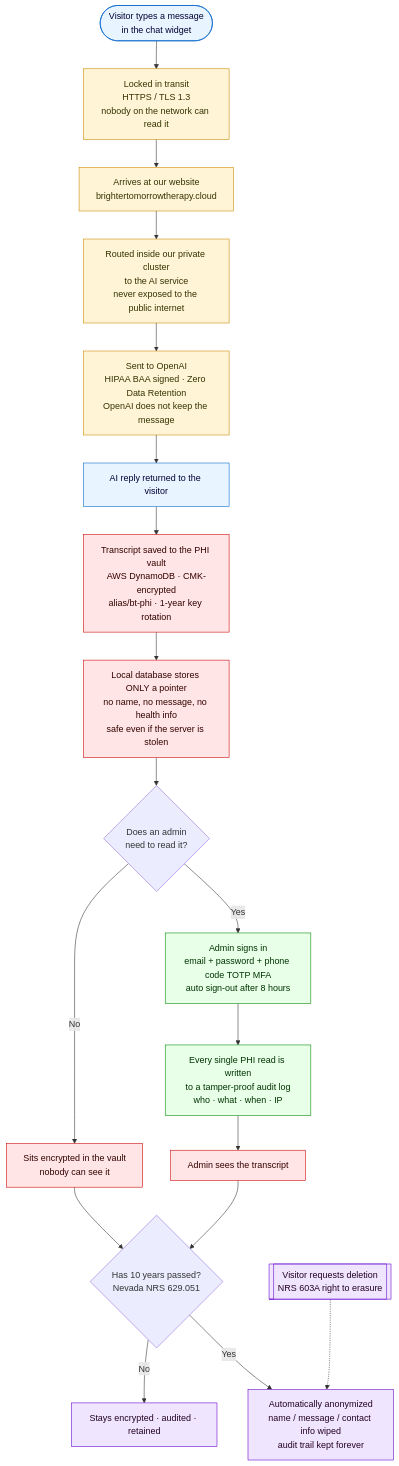
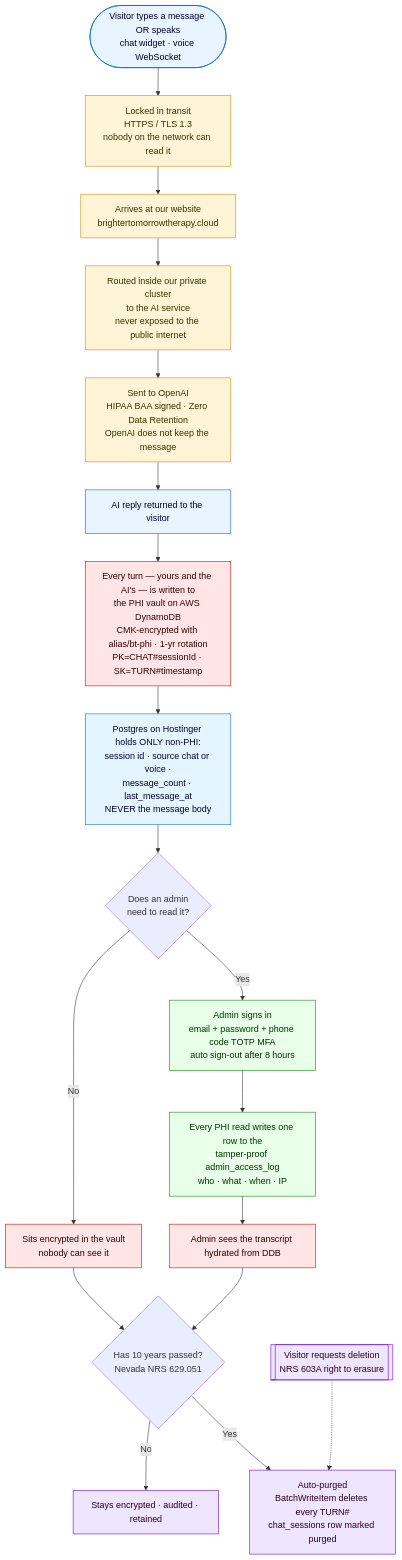
The first of 10 diagrams in README.md (shankasf/brightertomorrow), drawn with Mermaid before and after one commit. The commit also changed other lines of this file and 9 other files, not shown here.

First line of the commit message:
feat(hipaa): move chat transcripts off Postgres into DynamoDB

````diff
--- a/README.md
+++ b/README.md
@@ -139,35 +141,38 @@
 ```mermaid
 flowchart TD
-    A([Visitor types a message<br/>in the chat widget]) --> B[Locked in transit<br/>HTTPS / TLS 1.3<br/>nobody on the network can read it]
+    A([Visitor types a message OR speaks<br/>chat widget · voice WebSocket]) --> B[Locked in transit<br/>HTTPS / TLS 1.3<br/>nobody on the network can read it]
     B --> C[Arrives at our website<br/>brightertomorrowtherapy.cloud]
     C --> D[Routed inside our private cluster<br/>to the AI service<br/>never exposed to the public internet]
     D --> E[Sent to OpenAI<br/>HIPAA BAA signed · Zero Data Retention<br/>OpenAI does not keep the message]
     E --> F[AI reply returned to the visitor]
-    F --> G[Transcript saved to the PHI vault<br/>AWS DynamoDB · CMK-encrypted<br/>alias/bt-phi · 1-year key rotation]
-    G --> H[Local database stores ONLY a pointer<br/>no name, no message, no health info<br/>safe even if the server is stolen]
+
+    F --> G[Every turn — yours and the AI's — is written to<br/>the PHI vault on AWS DynamoDB<br/>CMK-encrypted with alias/bt-phi · 1-yr rotation<br/>PK=CHAT#sessionId · SK=TURN#timestamp]
+    G --> H[Postgres on Hostinger holds ONLY non-PHI:<br/>session id · source chat or voice ·<br/>message_count · last_message_at<br/>NEVER the message body]
 
     H --> I{Does an admin<br/>need to read it?}
     I -- No --> J[Sits encrypted in the vault<br/>nobody can see it]
     I -- Yes --> K[Admin signs in<br/>email + password + phone code TOTP MFA<br/>auto sign-out after 8 hours]
-    K --> L[Every single PHI read is written<br/>to a tamper-proof audit log<br/>who · what · when · IP]
-    L --> M[Admin sees the transcript]
+    K --> L[Every PHI read writes one row to the<br/>tamper-proof admin_access_log<br/>who · what · when · IP]
+    L --> M[Admin sees the transcript hydrated from DDB]
 
     J --> N{Has 10 years passed?<br/>Nevada NRS 629.051}
     M --> N
     N -- No --> O[Stays encrypted · audited · retained]
-    N -- Yes --> P[Automatically anonymized<br/>name / message / contact info wiped<br/>audit trail kept forever]
+    N -- Yes --> P[Auto-purged<br/>BatchWriteItem deletes every TURN#<br/>chat_sessions row marked purged]
 
     Q[[Visitor requests deletion<br/>NRS 603A right to erasure]] -.-> P
 
     classDef visitor fill:#e8f4ff,stroke:#06c,color:#003
     classDef transit fill:#fff4d6,stroke:#c80,color:#330
     classDef phi fill:#ffe5e5,stroke:#c00,color:#300
+    classDef pointer fill:#e5f5ff,stroke:#06c,color:#003
     classDef audit fill:#e8ffe8,stroke:#080,color:#030
     classDef purge fill:#f0e5ff,stroke:#60c,color:#202
 
     class A,F visitor
     class B,C,D,E transit
-    class G,H,J,M phi
+    class G,J,M phi
+    class H pointer
     class K,L audit
     class O,P,Q purge
 ```
````
